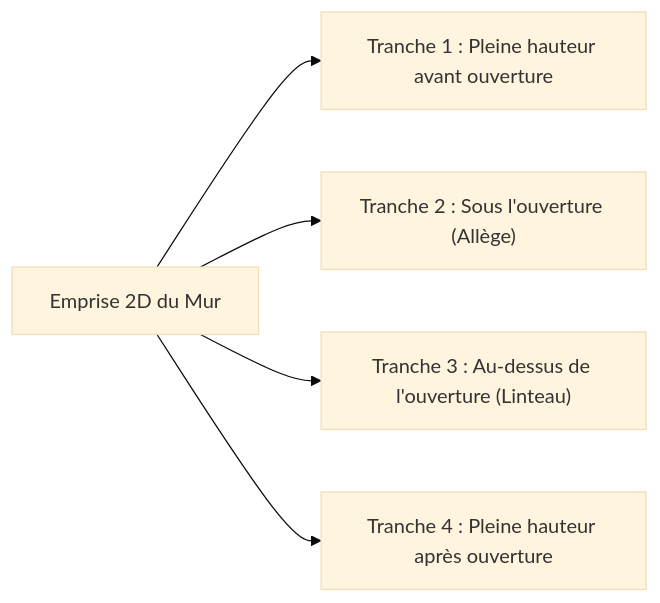
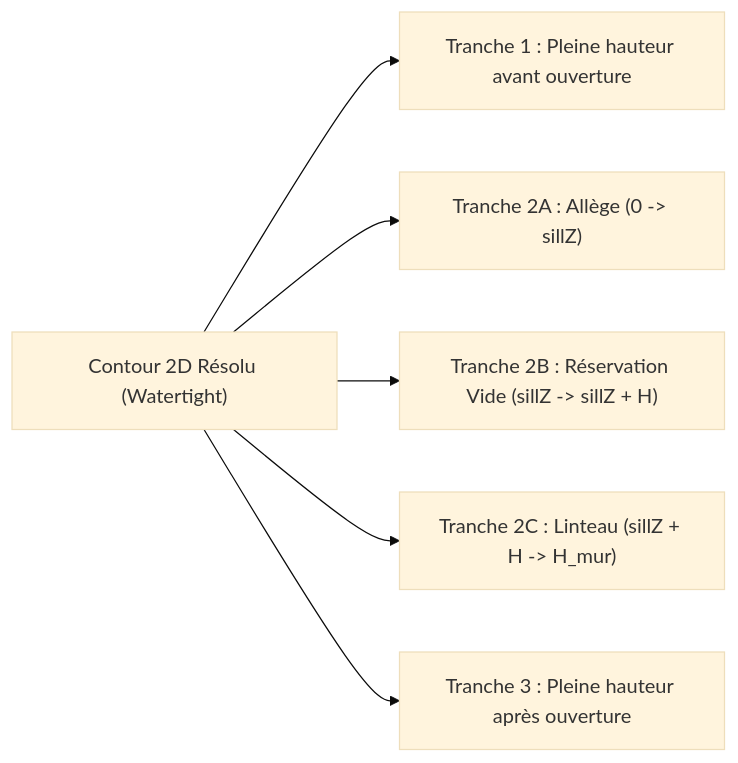
Before and after one commit to mouridoullah/mini-Revit: the second of 2 diagrams in GEOMETRY_SPEC.md, drawn with Mermaid (base theme). The commit also changed other lines of this file and 19 other files, not shown here.

````diff
--- a/GEOMETRY_SPEC.md
+++ b/GEOMETRY_SPEC.md
@@ -295,7 +315,8 @@
 ```mermaid
 flowchart LR
-    WallFootprint["Emprise 2D du Mur"] --> Slice1["Tranche 1 : Pleine hauteur avant ouverture"]
-    WallFootprint --> Slice2["Tranche 2 : Sous l'ouverture (Allège)"]
-    WallFootprint --> Slice3["Tranche 3 : Au-dessus de l'ouverture (Linteau)"]
-    WallFootprint --> Slice4["Tranche 4 : Pleine hauteur après ouverture"]
+    WallFootprint["Contour 2D Résolu (Watertight)"] --> S0["Tranche 1 : Pleine hauteur avant ouverture"]
+    WallFootprint --> S1_Sill["Tranche 2A : Allège (0 -> sillZ)"]
+    WallFootprint --> S1_Void["Tranche 2B : Réservation Vide (sillZ -> sillZ + H)"]
+    WallFootprint --> S1_Lintel["Tranche 2C : Linteau (sillZ + H -> H_mur)"]
+    WallFootprint --> S2["Tranche 3 : Pleine hauteur après ouverture"]
 ```
````
